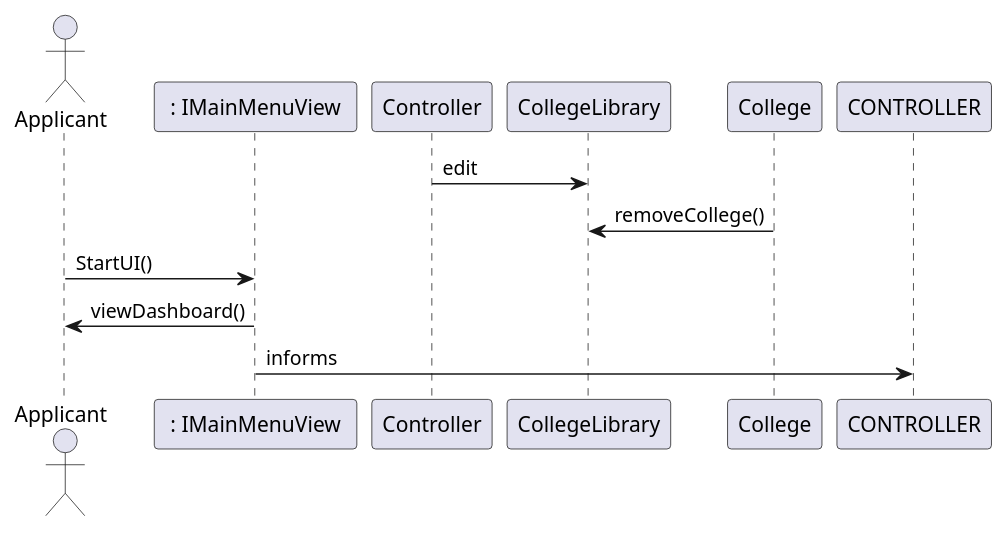
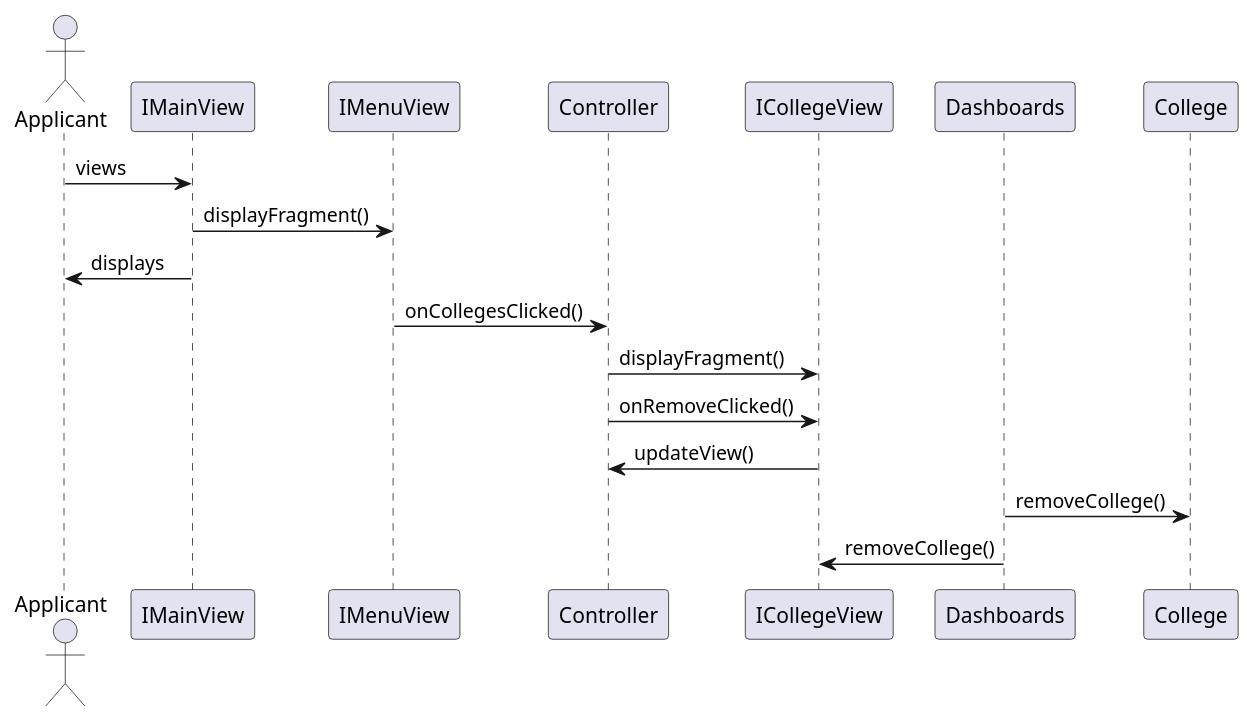
Before and after one commit to jlederer33/Essay-Review-App: the second of 7 diagrams in intellij/doc/design.md, drawn with PlantUML. The commit also changed other lines of this file, not shown here.

Commit message:
finished updating Sequence and class diagrams

````diff
--- a/intellij/doc/design.md
+++ b/intellij/doc/design.md
@@ -16,11 +19,17 @@
 ```plantuml
 actor Applicant as applicant
-participant " : IMainMenuView " as IMainMenuView
-Controller -> CollegeLibrary : edit
-CollegeLibrary <- College : removeCollege()
-applicant -> IMainMenuView : StartUI()
-applicant <- IMainMenuView : viewDashboard()
-IMainMenuView-> CONTROLLER : informs
+applicant-> IMainView : views
+IMainView -> IMenuView : displayFragment()
+applicant <- IMainView : displays
+IMenuView -> Controller : onCollegesClicked()
+Controller -> ICollegeView: displayFragment()
+Controller -> ICollegeView: onRemoveClicked()
+ICollegeView -> Controller : updateView()
+Dashboards-> College : removeCollege()
+Dashboards -> ICollegeView: removeCollege() 
+
+
+
 
 
 ```
````
